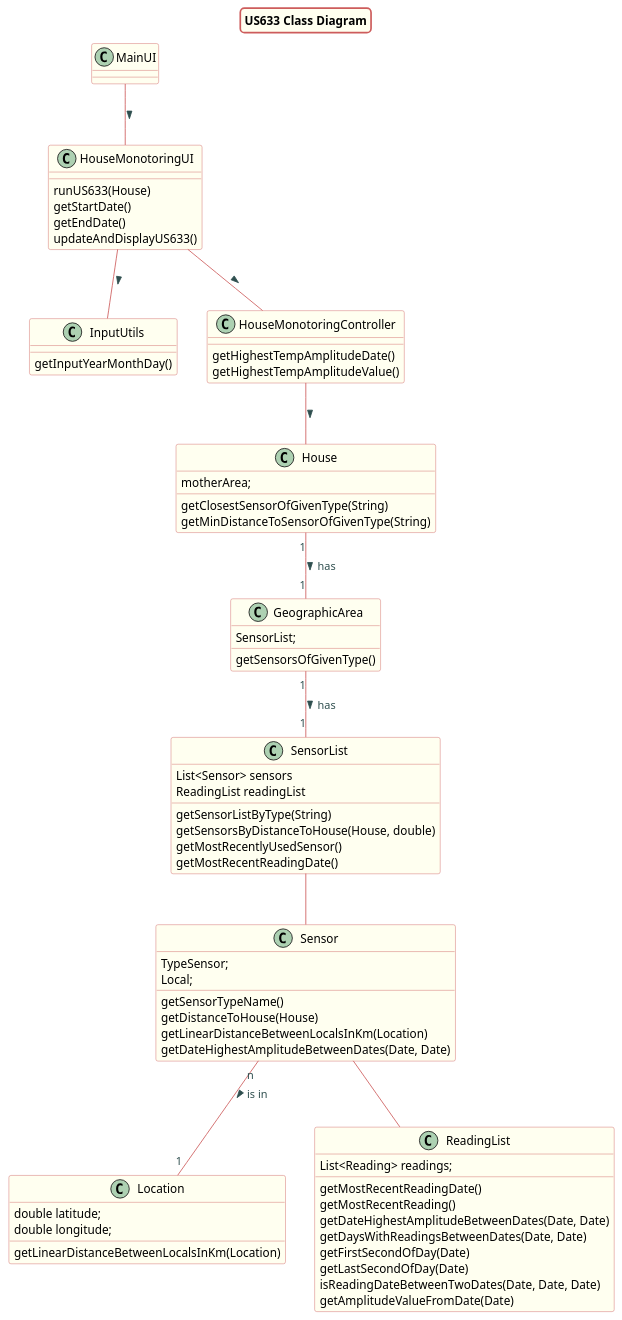
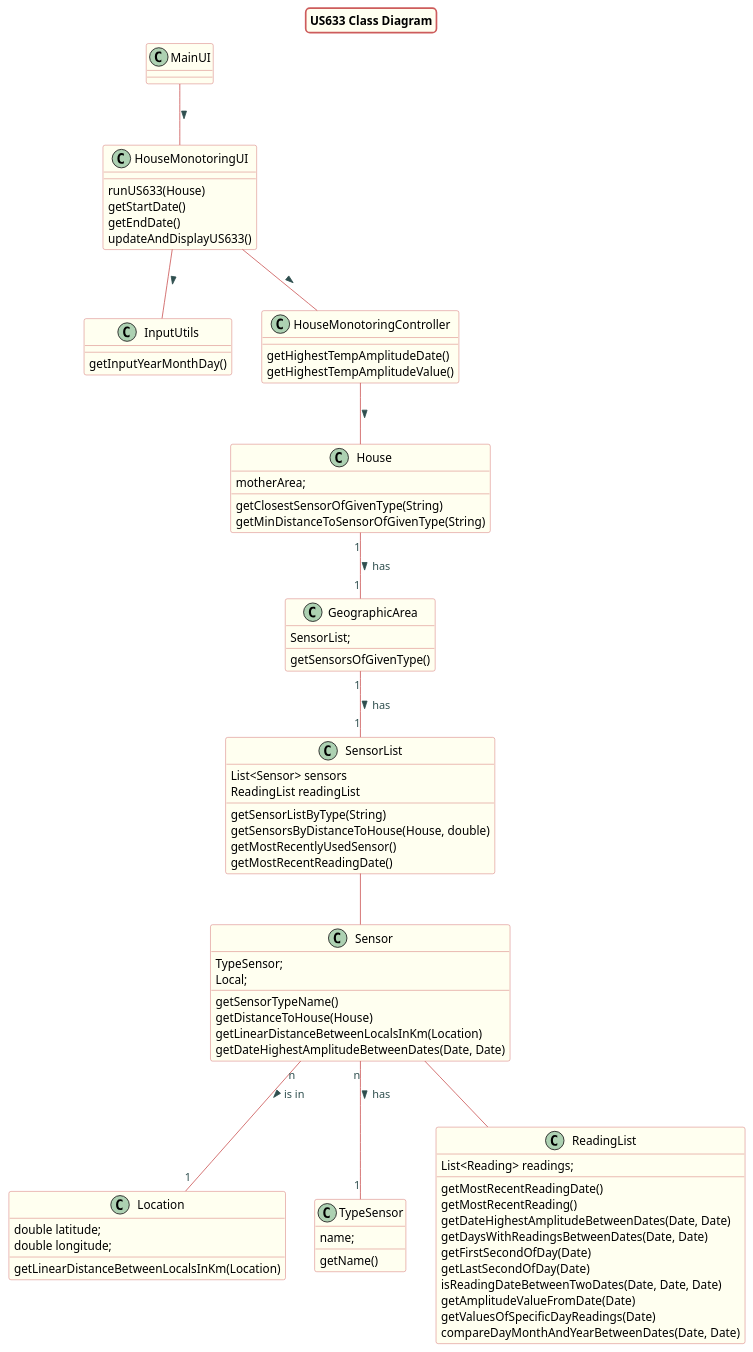
The diagram in src/doc/Controllers/HouseMonitoring/US633/US633_cd_HouseMonitoring.puml (Almadanmp/project), drawn with PlantUML before and after one commit. The commit also changed 1 other file, not shown here.

Commit message:
REF #161 updates sequence diagram

```diff
--- a/src/doc/Controllers/HouseMonitoring/US633/US633_cd_HouseMonitoring.puml
+++ b/src/doc/Controllers/HouseMonitoring/US633/US633_cd_HouseMonitoring.puml
@@ -1,100 +1,113 @@
 @startuml
 title US633 Class Diagram
 
 skinparam titleBorderRoundCorner 10
 skinparam titleBorderThickness 2
 skinparam titleBorderColor indianred
 skinparam titleBackgroundColor ivory
 skinparam FontName verdana
 
 skinparam class {
  	BorderColor indianred
  	BackgroundColor indianred
  	BackgroundColor ivory
     roundcorner 10
     ArrowFontName Verdana
     ArrowColor indianred
     ArrowFontColor darkslategrey
  }
 
 class House
 MainUI -- HouseMonotoringUI : >
 HouseMonotoringUI -- InputUtils : >
 HouseMonotoringUI -- HouseMonotoringController : >
 HouseMonotoringController -- House : >
 House "1" -- "1" GeographicArea : has >
 GeographicArea "1" -- "1" SensorList : has >
 SensorList -- Sensor
 Sensor "n" -- "1" Location: is in >
+Sensor "n" -- "1" TypeSensor: has >
 Sensor -- ReadingList
 
 class HouseMonotoringUI {
 runUS633(House)
 getStartDate()
 getEndDate()
 updateAndDisplayUS633()
 }
 
 class InputUtils{
 getInputYearMonthDay()
 }
 
 class HouseMonotoringController {
 getHighestTempAmplitudeDate()
 getHighestTempAmplitudeValue()
 }
 
 class House{
 motherArea;
 
 getClosestSensorOfGivenType(String)
 getMinDistanceToSensorOfGivenType(String)
 }
 
 class GeographicArea{
 SensorList;
 
 getSensorsOfGivenType()
 }
 
 class SensorList{
 List<Sensor> sensors
 ReadingList readingList
 
 getSensorListByType(String)
 getSensorsByDistanceToHouse(House, double)
 getMostRecentlyUsedSensor()
 getMostRecentReadingDate()
 }
 
 class Sensor{
 TypeSensor;
 Local;
 
 getSensorTypeName()
 getDistanceToHouse(House)
 getLinearDistanceBetweenLocalsInKm(Location)
 getDateHighestAmplitudeBetweenDates(Date, Date)
 }
 
+class TypeSensor{
+name;
+
+getName()
+}
+
+
+
 class Location{
 double latitude;
 double longitude;
 
 getLinearDistanceBetweenLocalsInKm(Location)
 }
 
 class ReadingList{
 List<Reading> readings;
 
 getMostRecentReadingDate()
 getMostRecentReading()
 getDateHighestAmplitudeBetweenDates(Date, Date)
 getDaysWithReadingsBetweenDates(Date, Date)
 getFirstSecondOfDay(Date)
 getLastSecondOfDay(Date)
 isReadingDateBetweenTwoDates(Date, Date, Date)
 getAmplitudeValueFromDate(Date)
+getValuesOfSpecificDayReadings(Date)
+compareDayMonthAndYearBetweenDates(Date, Date)
+
+
 }
 
 @enduml
```
